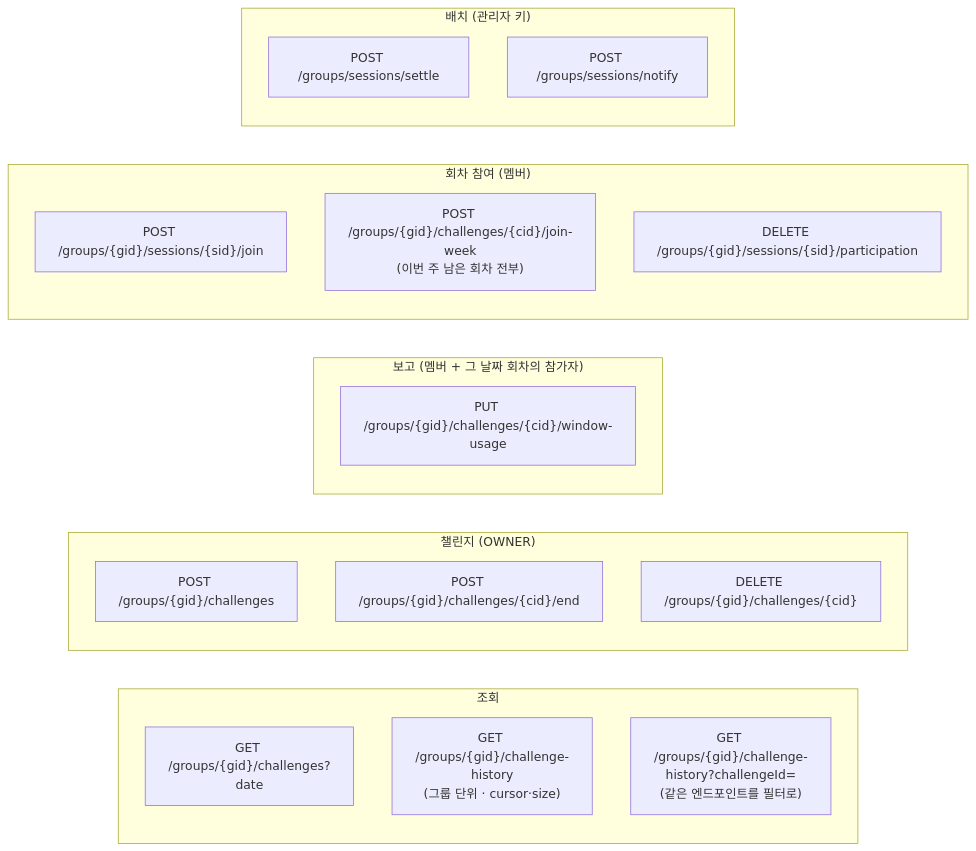
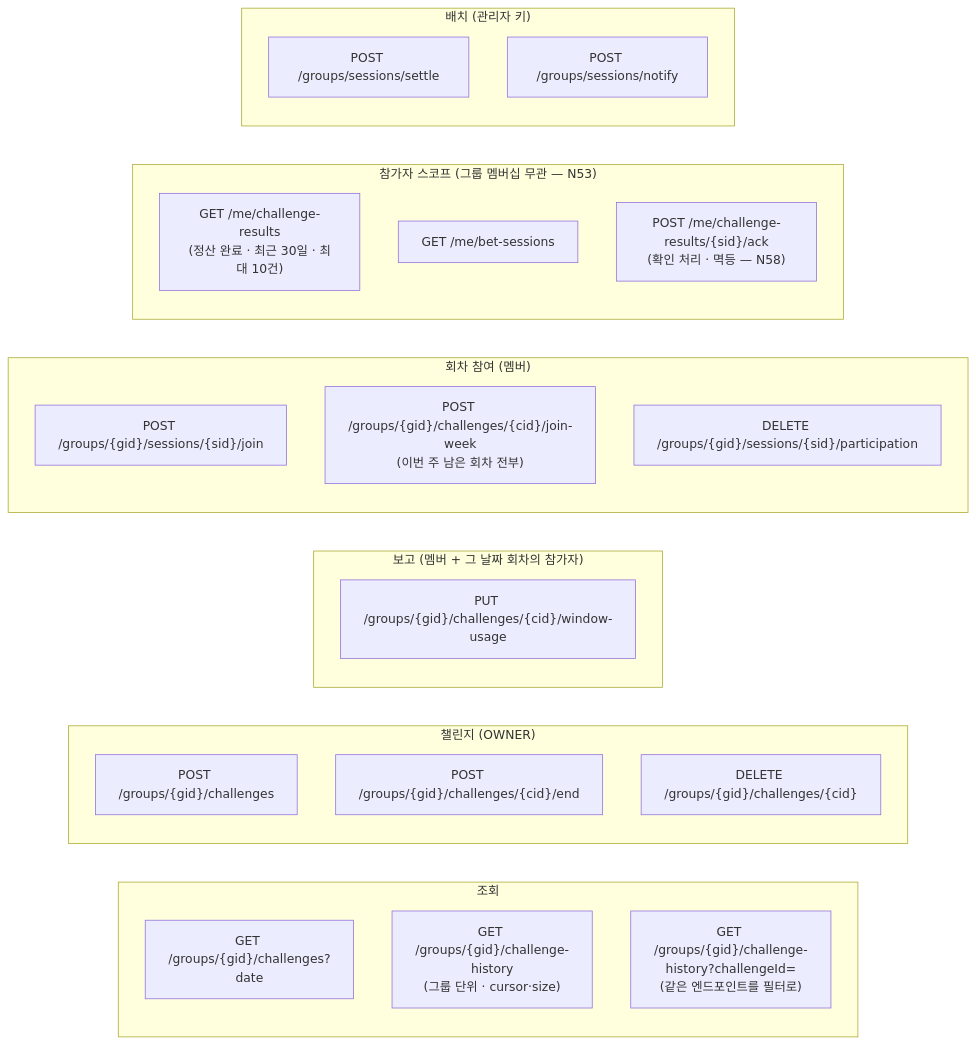
One commit to OneOrThree/phone changed the tenth of 11 diagrams in docs/prd/challenge/information-architecture.md. Above: the diagram before and after it, drawn with Mermaid. The commit also changed other lines of this file and 6 other files, not shown here.

````diff
--- a/docs/prd/challenge/information-architecture.md
+++ b/docs/prd/challenge/information-architecture.md
@@ -475,25 +506,30 @@
 ```mermaid
 flowchart LR
     subgraph read["조회"]
         A1["GET /groups/{gid}/challenges?date"]
         A2["GET /groups/{gid}/challenge-history<br/>(그룹 단위 · cursor·size)"]
         A3["GET /groups/{gid}/challenge-history?challengeId=<br/>(같은 엔드포인트를 필터로)"]
     end
     subgraph write["챌린지 (OWNER)"]
         B1["POST /groups/{gid}/challenges"]
         B3["POST /groups/{gid}/challenges/{cid}/end"]
         B4["DELETE /groups/{gid}/challenges/{cid}"]
     end
     subgraph report["보고 (멤버 + 그 날짜 회차의 참가자)"]
         C1["PUT /groups/{gid}/challenges/{cid}/window-usage"]
     end
     subgraph bet["회차 참여 (멤버)"]
         D1["POST /groups/{gid}/sessions/{sid}/join"]
         D2["POST /groups/{gid}/challenges/{cid}/join-week<br/>(이번 주 남은 회차 전부)"]
         D3["DELETE /groups/{gid}/sessions/{sid}/participation"]
     end
+    subgraph me["참가자 스코프 (그룹 멤버십 무관 — N53)"]
+        F1["GET /me/challenge-results<br/>(정산 완료 · 최근 30일 · 최대 10건)"]
+        F2["GET /me/bet-sessions"]
+        F3["POST /me/challenge-results/{sid}/ack<br/>(확인 처리 · 멱등 — N58)"]
+    end
     subgraph batch["배치 (관리자 키)"]
         E1["POST /groups/sessions/settle"]
         E2["POST /groups/sessions/notify"]
     end
 ```
````
